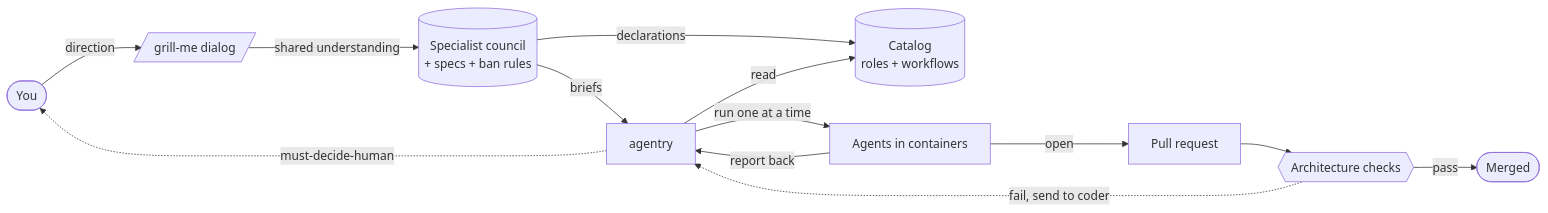
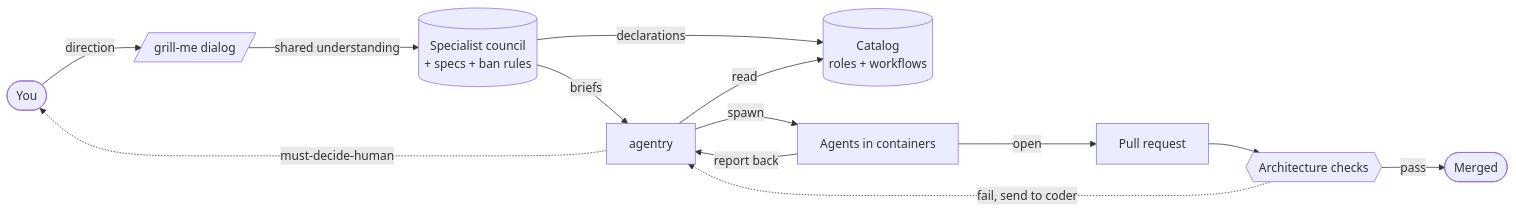
One commit to yannickgranger/agentry changed the diagram in README.md. Above: the diagram before and after it, drawn with Mermaid. The commit also changed other lines of this file, not shown here.

First line of the commit message:
docs(readme): correct concurrency wording — briefs run in parallel

````diff
--- a/README.md
+++ b/README.md
@@ -68,25 +68,25 @@
 ```mermaid
 flowchart LR
     you([You])
     grill[/grill-me dialog/]
     council[(Specialist council<br/>+ specs + ban rules)]
     cat[(Catalog<br/>roles + workflows)]
     sub[agentry]
     agents[Agents in containers]
     pr[Pull request]
     fences{{Architecture checks}}
     merged([Merged])
 
     you -->|direction| grill
     grill -->|shared understanding| council
     council -->|declarations| cat
     council -->|briefs| sub
     sub -->|read| cat
-    sub -->|run one at a time| agents
+    sub -->|spawn| agents
     agents -->|report back| sub
     agents -->|open| pr
     pr --> fences
     fences -->|pass| merged
     fences -.->|fail, send to coder| sub
     sub -.->|must-decide-human| you
 ```
````
